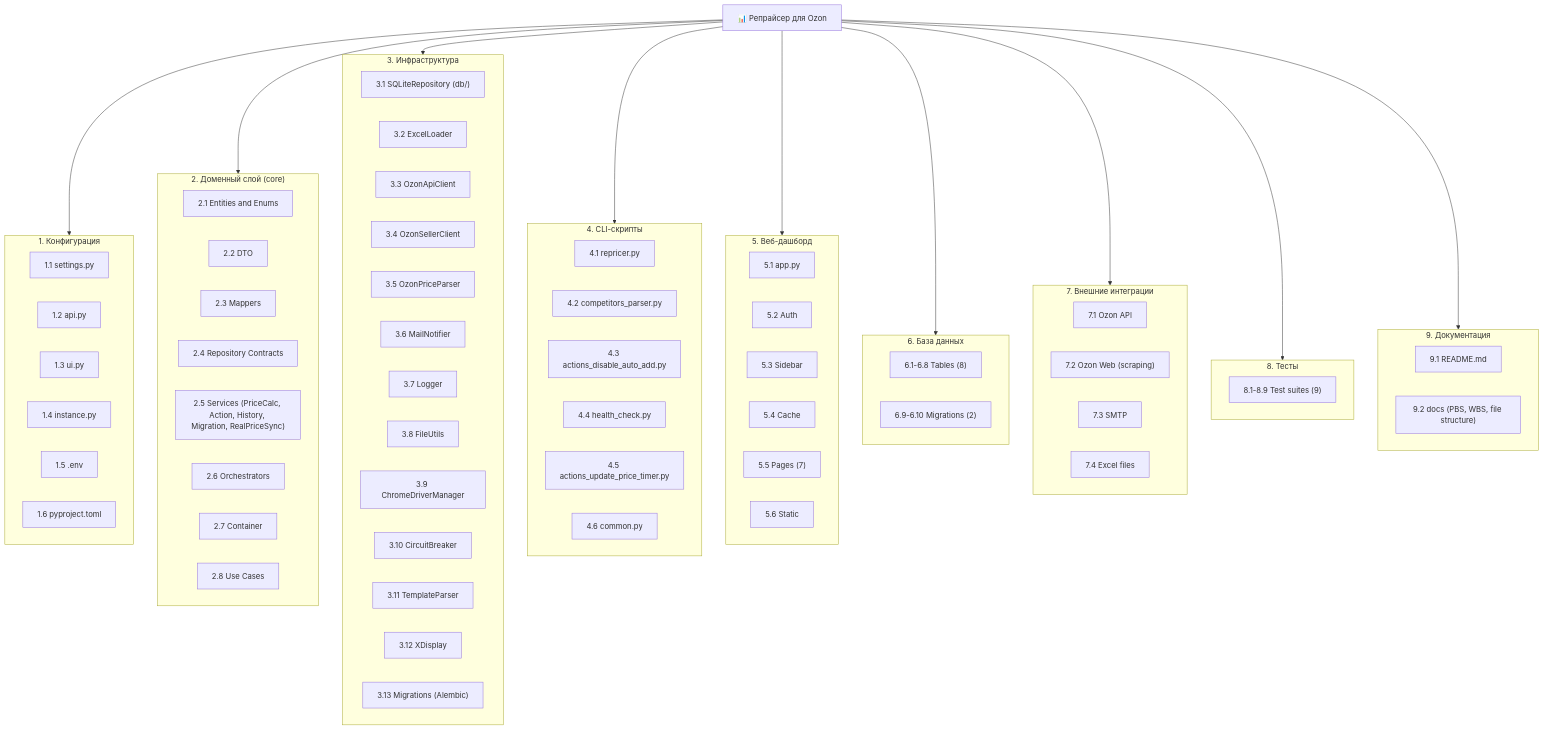
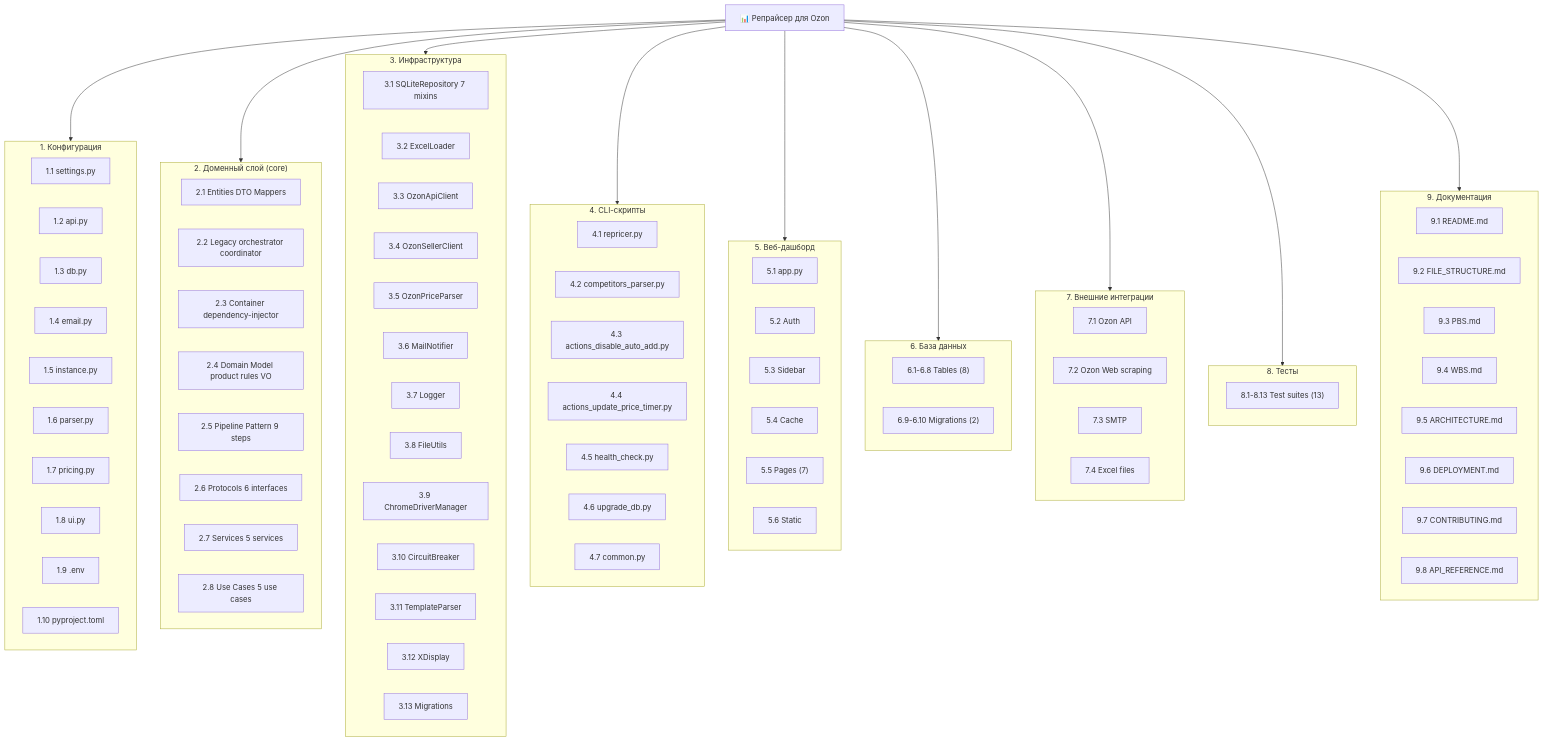
One commit to oldflexer/repricer-ozon changed the diagram in docs/PBS.md. Above: the diagram before and after it, drawn with Mermaid. The commit also changed other lines of this file and 8 other files, not shown here.

```diff
--- a/docs/PBS.md
+++ b/docs/PBS.md
@@ -123,25 +150,29 @@
     subgraph C1["1. Конфигурация"]
         C1a["1.1 settings.py"]
         C1b["1.2 api.py"]
-        C1c["1.3 ui.py"]
-        C1d["1.4 instance.py"]
-        C1e["1.5 .env"]
-        C1f["1.6 pyproject.toml"]
+        C1c["1.3 db.py"]
+        C1d["1.4 email.py"]
+        C1e["1.5 instance.py"]
+        C1f["1.6 parser.py"]
+        C1g["1.7 pricing.py"]
+        C1h["1.8 ui.py"]
+        C1i["1.9 .env"]
+        C1j["1.10 pyproject.toml"]
     end
 
     subgraph C2["2. Доменный слой (core)"]
-        C2a["2.1 Entities and Enums"]
-        C2b["2.2 DTO"]
-        C2c["2.3 Mappers"]
-        C2d["2.4 Repository Contracts"]
-        C2e["2.5 Services (PriceCalc, Action, History, Migration, RealPriceSync)"]
-        C2f["2.6 Orchestrators"]
-        C2g["2.7 Container"]
-        C2h["2.8 Use Cases"]
+        C2a["2.1 Entities DTO Mappers"]
+        C2b["2.2 Legacy orchestrator coordinator"]
+        C2c["2.3 Container dependency-injector"]
+        C2d["2.4 Domain Model product rules VO"]
+        C2e["2.5 Pipeline Pattern 9 steps"]
+        C2f["2.6 Protocols 6 interfaces"]
+        C2g["2.7 Services 5 services"]
+        C2h["2.8 Use Cases 5 use cases"]
     end
 
     subgraph C3["3. Инфраструктура"]
-        C3a["3.1 SQLiteRepository (db/)"]
+        C3a["3.1 SQLiteRepository 7 mixins"]
         C3b["3.2 ExcelLoader"]
         C3c["3.3 OzonApiClient"]
         C3d["3.4 OzonSellerClient"]
@@ -153,16 +184,17 @@
         C3j["3.10 CircuitBreaker"]
         C3k["3.11 TemplateParser"]
         C3l["3.12 XDisplay"]
-        C3m["3.13 Migrations (Alembic)"]
+        C3m["3.13 Migrations"]
     end
 
     subgraph C4["4. CLI-скрипты"]
         C4a["4.1 repricer.py"]
         C4b["4.2 competitors_parser.py"]
         C4c["4.3 actions_disable_auto_add.py"]
-        C4d["4.4 health_check.py"]
-        C4e["4.5 actions_update_price_timer.py"]
-        C4f["4.6 common.py"]
+        C4d["4.4 actions_update_price_timer.py"]
+        C4e["4.5 health_check.py"]
+        C4f["4.6 upgrade_db.py"]
+        C4g["4.7 common.py"]
     end
 
     subgraph C5["5. Веб-дашборд"]
@@ -181,18 +213,24 @@
 
     subgraph C7["7. Внешние интеграции"]
         C7a["7.1 Ozon API"]
-        C7b["7.2 Ozon Web (scraping)"]
+        C7b["7.2 Ozon Web scraping"]
         C7c["7.3 SMTP"]
         C7d["7.4 Excel files"]
     end
 
     subgraph C8["8. Тесты"]
-        C8a["8.1-8.9 Test suites (9)"]
+        C8a["8.1-8.13 Test suites (13)"]
     end
 
     subgraph C9["9. Документация"]
         C9a["9.1 README.md"]
-        C9b["9.2 docs (PBS, WBS, file structure)"]
+        C9b["9.2 FILE_STRUCTURE.md"]
+        C9c["9.3 PBS.md"]
+        C9d["9.4 WBS.md"]
+        C9e["9.5 ARCHITECTURE.md"]
+        C9f["9.6 DEPLOYMENT.md"]
+        C9g["9.7 CONTRIBUTING.md"]
+        C9h["9.8 API_REFERENCE.md"]
     end
 
     ROOT --> C1
```
